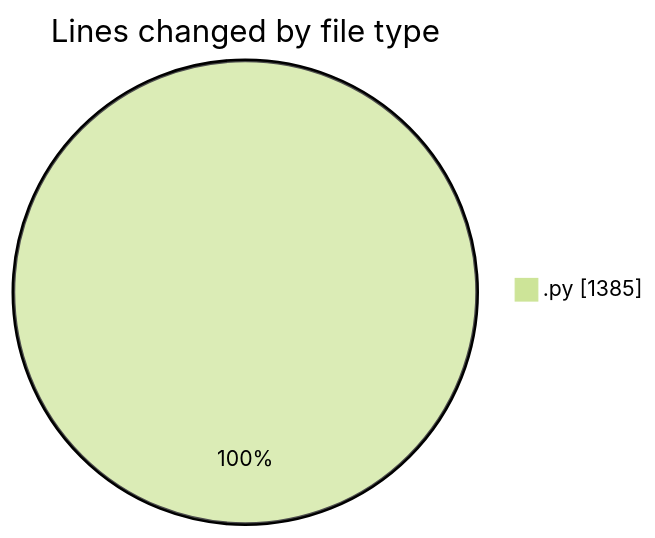
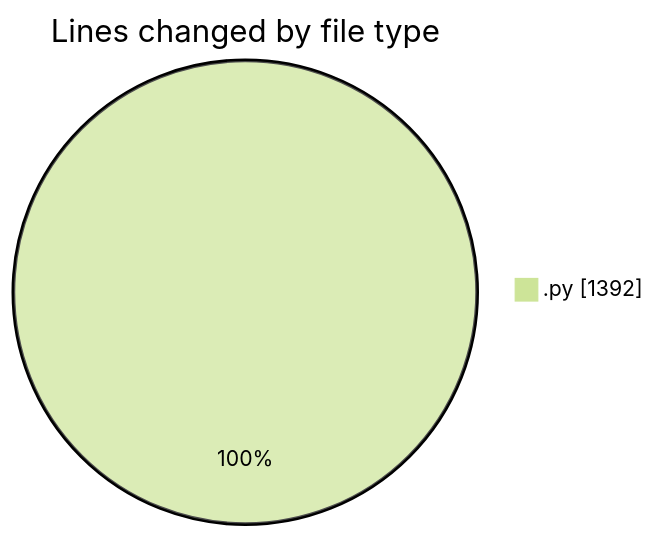
The first of 2 diagrams in 2025-11-23/eventscop-api-guide__workspace_/README.md (julien-gomy/code-tracking), drawn with Mermaid (forest theme) before and after one commit. The commit also changed other lines of this file and 1 other file, not shown here.

````diff
--- a/2025-11-23/eventscop-api-guide__workspace_/README.md
+++ b/2025-11-23/eventscop-api-guide__workspace_/README.md
@@ -30,5 +30,5 @@
 ```mermaid
 pie showData
 title Lines changed by file type
-".py" : 1385
+".py" : 1392
 ```
````
